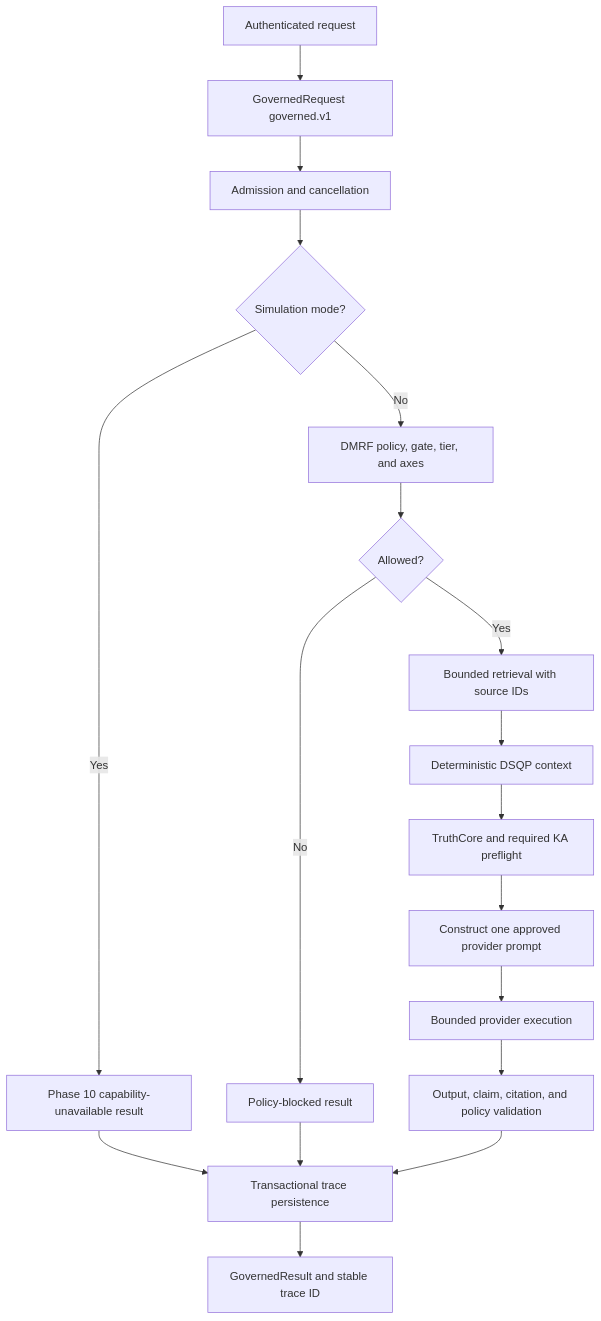
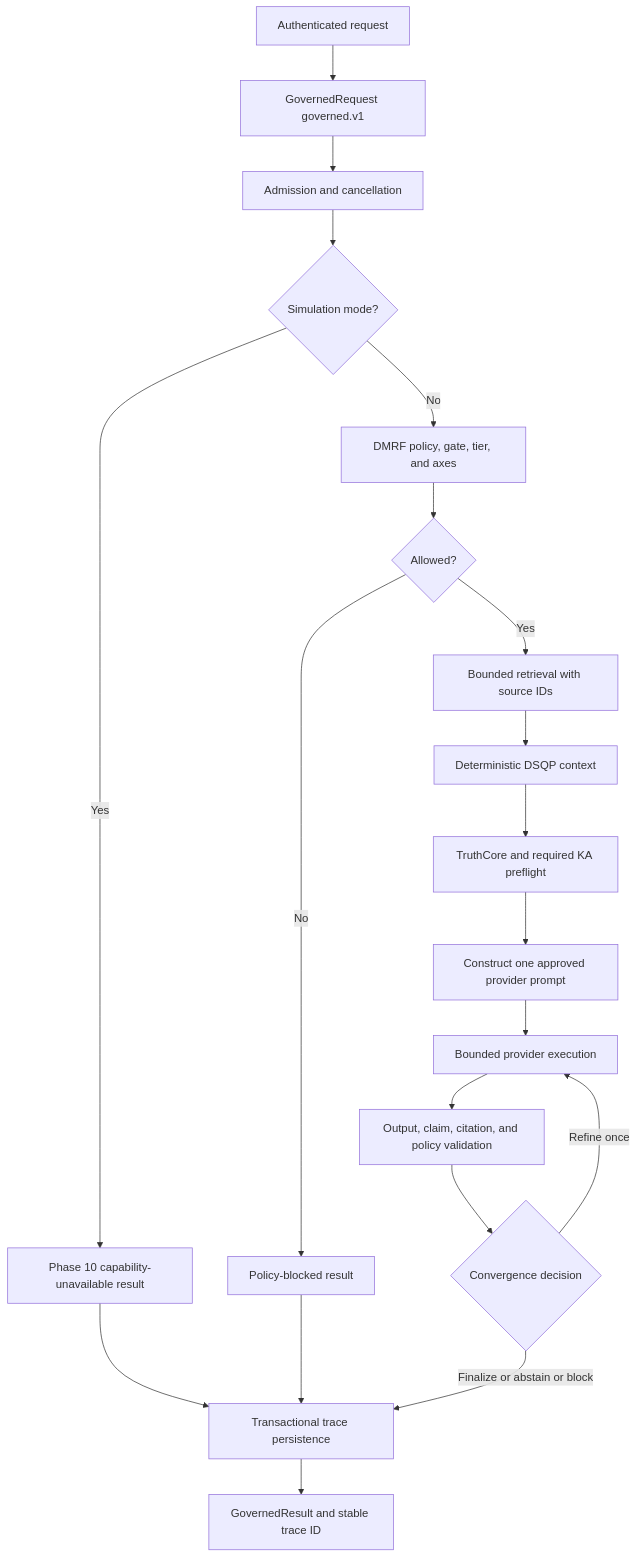
One commit to kherrera6219/DataLogicEngine changed the diagram in docs/WORKFLOW.md. Above: the diagram before and after it, drawn with Mermaid. The commit also changed other lines of this file and 75 other files, not shown here.

````diff
--- a/docs/WORKFLOW.md
+++ b/docs/WORKFLOW.md
@@ -72,20 +73,22 @@
 ```mermaid
 flowchart TD
     A[Authenticated request] --> B[GovernedRequest governed.v1]
     B --> C[Admission and cancellation]
     C --> D{Simulation mode?}
     D -- Yes --> X[Phase 10 capability-unavailable result]
     D -- No --> E[DMRF policy, gate, tier, and axes]
     E --> F{Allowed?}
     F -- No --> Y[Policy-blocked result]
     F -- Yes --> G[Bounded retrieval with source IDs]
     G --> H[Deterministic DSQP context]
     H --> I[TruthCore and required KA preflight]
     I --> J[Construct one approved provider prompt]
     J --> K[Bounded provider execution]
     K --> L[Output, claim, citation, and policy validation]
-    L --> M[Transactional trace persistence]
+    L --> Q{Convergence decision}
+    Q -- Refine once --> K
+    Q -- Finalize or abstain or block --> M[Transactional trace persistence]
     M --> N[GovernedResult and stable trace ID]
     X --> M
     Y --> M
 ```
````
